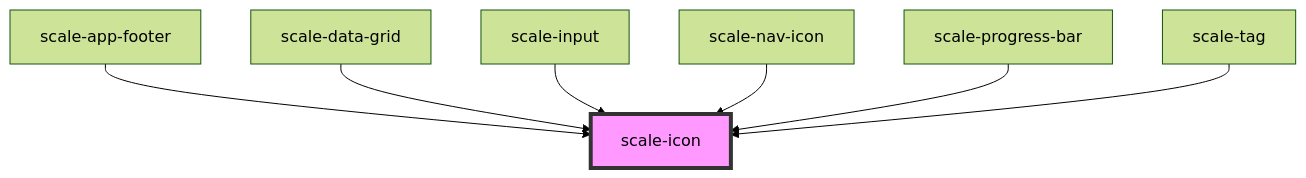
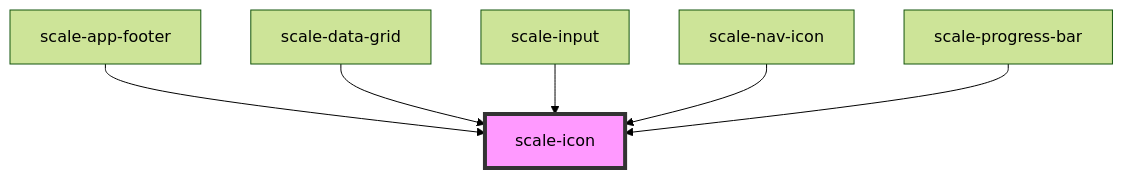
One commit to gaurishkamat/scale changed the diagram in packages/components/src/components/icon/readme.md. Above: the diagram before and after it, drawn with Mermaid (forest theme). The commit also changed other lines of this file and 10 other files, not shown here.

Commit message:
refactor(tag): update icon handling

````diff
--- a/packages/components/src/components/icon/readme.md
+++ b/packages/components/src/components/icon/readme.md
@@ -34,10 +33,9 @@
 ```mermaid
 graph TD;
   scale-app-footer --> scale-icon
   scale-data-grid --> scale-icon
   scale-input --> scale-icon
   scale-nav-icon --> scale-icon
   scale-progress-bar --> scale-icon
-  scale-tag --> scale-icon
   style scale-icon fill:#f9f,stroke:#333,stroke-width:4px
 ```
````
